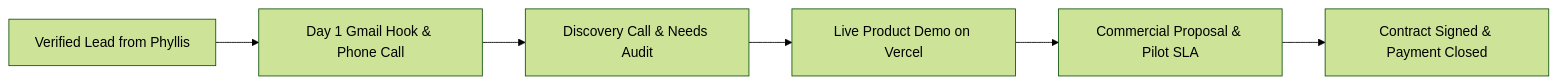
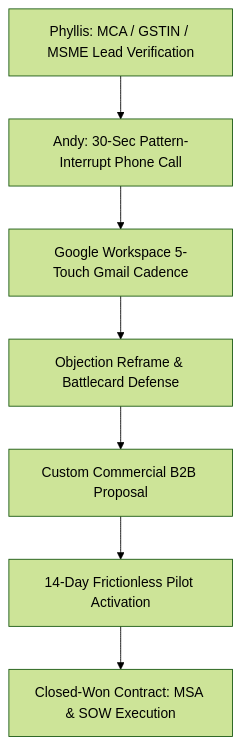
The diagram in CLIENT_OUTREACH_PLAYBOOK.md (1nsharma/Hive), drawn with Mermaid (forest theme) before and after one commit. The commit also changed other lines of this file and 94 other files, not shown here.

````diff
--- a/CLIENT_OUTREACH_PLAYBOOK.md
+++ b/CLIENT_OUTREACH_PLAYBOOK.md
@@ -74,8 +16,9 @@
 ```mermaid
-graph LR
-    A[Verified Lead from Phyllis] --> B[Day 1 Gmail Hook & Phone Call]
-    B --> C[Discovery Call & Needs Audit]
-    C --> D[Live Product Demo on Vercel]
-    D --> E[Commercial Proposal & Pilot SLA]
-    E --> F[Contract Signed & Payment Closed]
+graph TD
+    A[Phyllis: MCA / GSTIN / MSME Lead Verification] --> B[Andy: 30-Sec Pattern-Interrupt Phone Call]
+    B --> C[Google Workspace 5-Touch Gmail Cadence]
+    C --> D[Objection Reframe & Battlecard Defense]
+    D --> E[Custom Commercial B2B Proposal]
+    E --> F[14-Day Frictionless Pilot Activation]
+    F --> G[Closed-Won Contract: MSA & SOW Execution]
 ```
````
